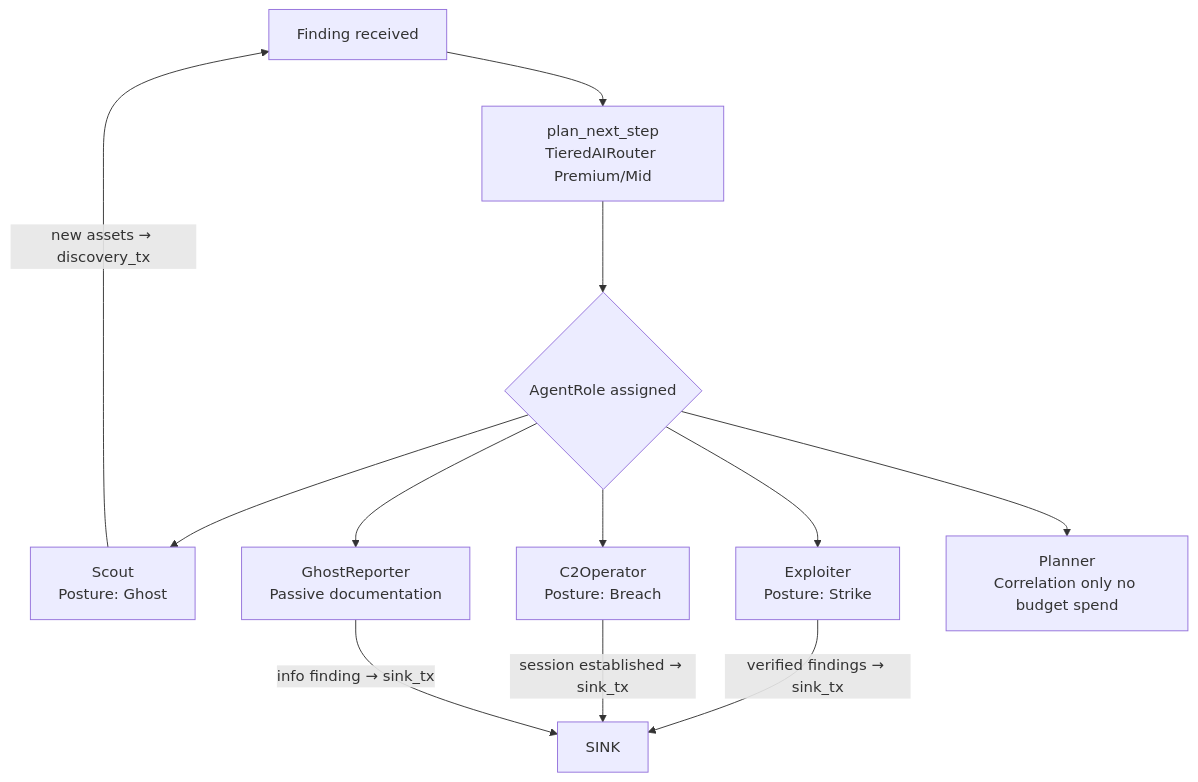
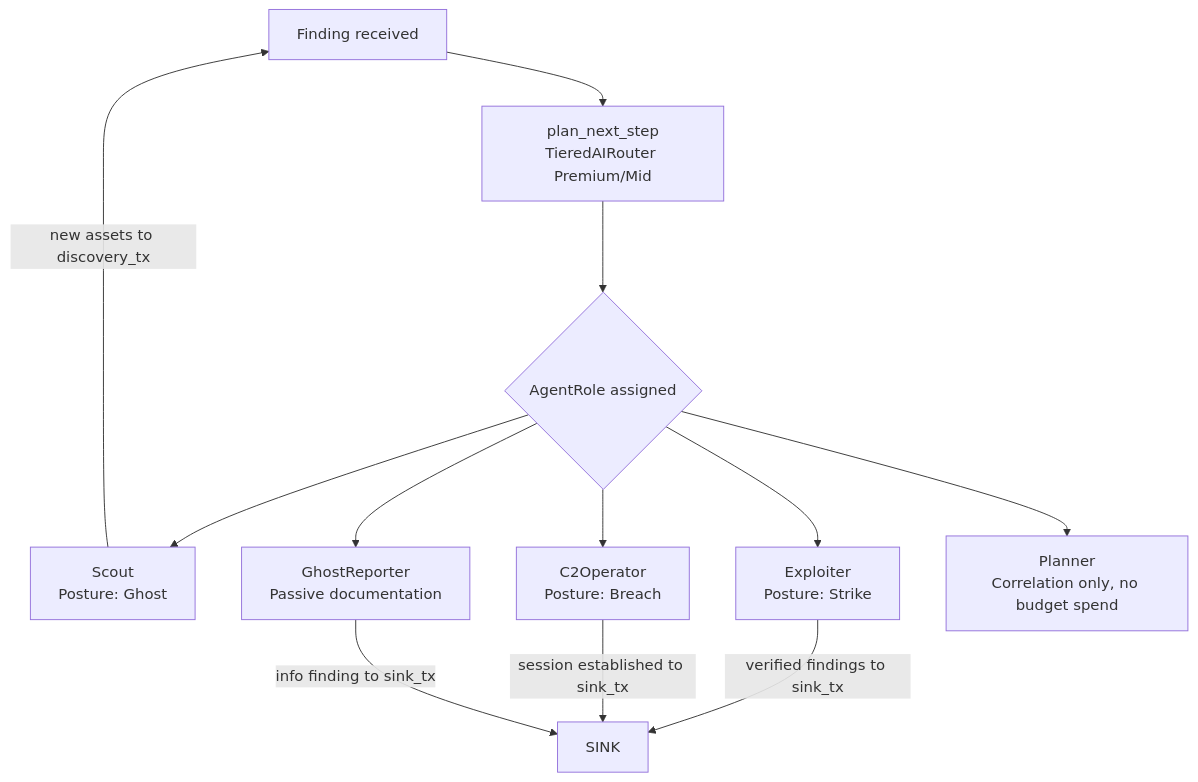
The first of 4 diagrams in redteam_rust_core/DOCS/swarm_intelligence.md (kripiman/OsintUltimate), drawn with Mermaid before and after one commit. The commit also changed other lines of this file and 38 other files, not shown here.

````diff
--- a/redteam_rust_core/DOCS/swarm_intelligence.md
+++ b/redteam_rust_core/DOCS/swarm_intelligence.md
@@ -17,15 +17,15 @@
 ```mermaid
 flowchart TD
-    FIND[Finding received] --> PLAN[plan_next_step\nTieredAIRouter Premium/Mid]
-    PLAN --> ROLE{AgentRole assigned}
-    ROLE --> SC[Scout\nPosture: Ghost]
-    ROLE --> EX[Exploiter\nPosture: Strike]
-    ROLE --> C2[C2Operator\nPosture: Breach]
-    ROLE --> GR[GhostReporter\nPassive documentation]
-    ROLE --> PL[Planner\nCorrelation only no budget spend]
+    FIND["Finding received"] --> PLAN["plan_next_step<br/>TieredAIRouter Premium/Mid"]
+    PLAN --> ROLE{"AgentRole assigned"}
+    ROLE --> SC["Scout<br/>Posture: Ghost"]
+    ROLE --> EX["Exploiter<br/>Posture: Strike"]
+    ROLE --> C2["C2Operator<br/>Posture: Breach"]
+    ROLE --> GR["GhostReporter<br/>Passive documentation"]
+    ROLE --> PL["Planner<br/>Correlation only, no budget spend"]
 
-    SC -->|new assets → discovery_tx| FIND
-    EX -->|verified findings → sink_tx| SINK
-    C2 -->|session established → sink_tx| SINK
-    GR -->|info finding → sink_tx| SINK
+    SC -->|new assets to discovery_tx| FIND
+    EX -->|verified findings to sink_tx| SINK
+    C2 -->|session established to sink_tx| SINK
+    GR -->|info finding to sink_tx| SINK
 ```
````
